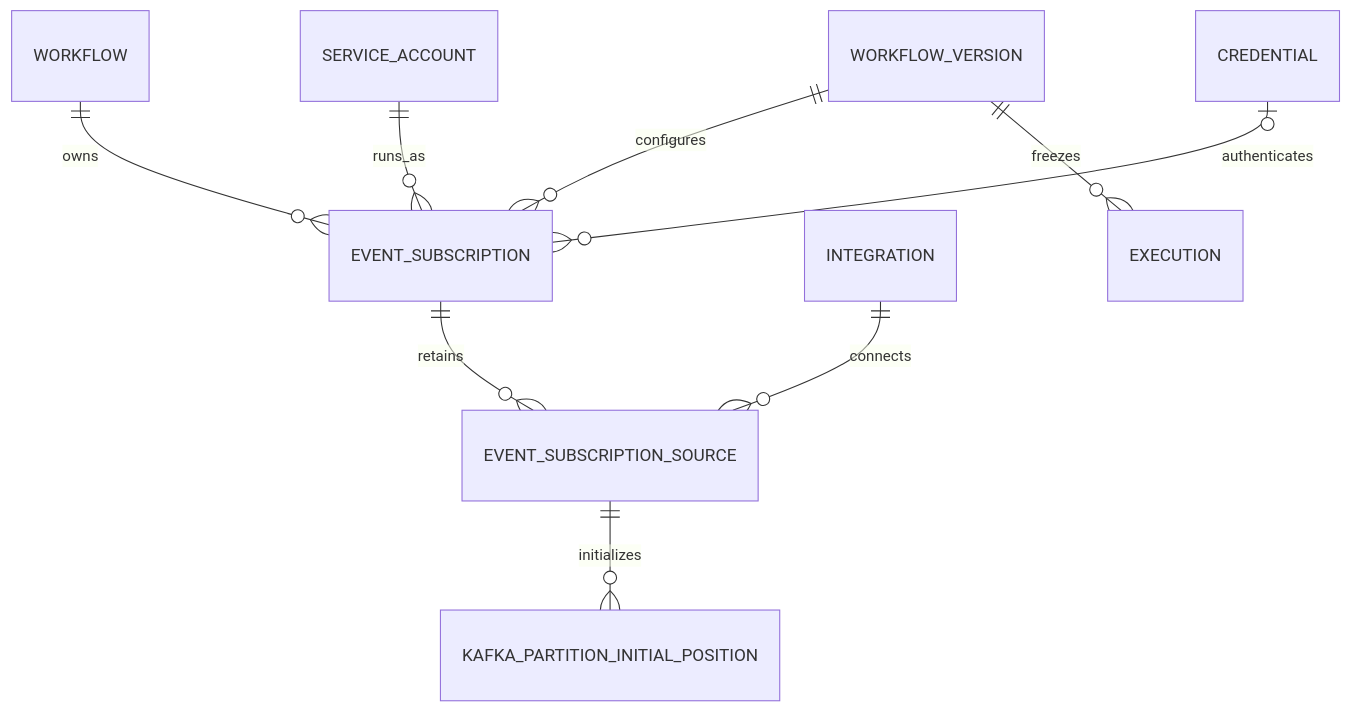
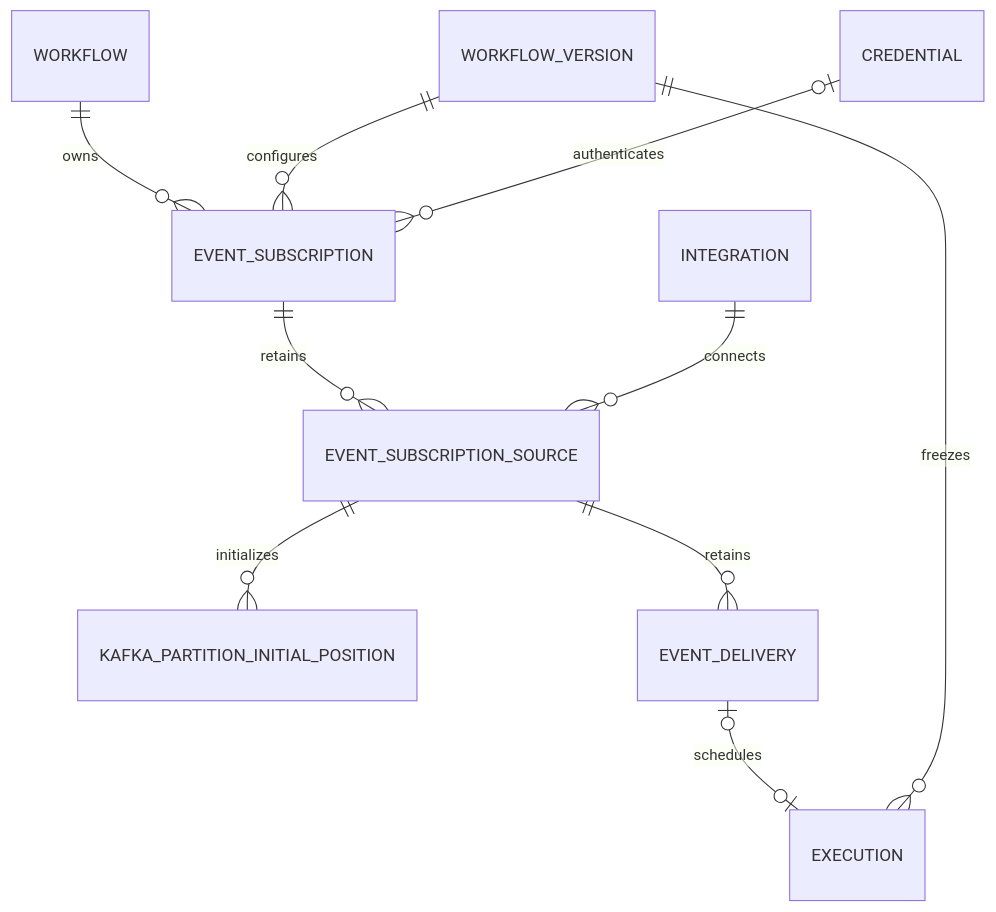
Before and after one commit to acedya/syntara: the second of 4 diagrams in backend/docs/kafka-event-streams.md, drawn with Mermaid. The commit also changed other lines of this file, not shown here.

````diff
--- a/backend/docs/kafka-event-streams.md
+++ b/backend/docs/kafka-event-streams.md
@@ -323,11 +327,12 @@
 ```mermaid
 erDiagram
     WORKFLOW ||--o{ EVENT_SUBSCRIPTION : owns
     WORKFLOW_VERSION ||--o{ EVENT_SUBSCRIPTION : configures
-    SERVICE_ACCOUNT ||--o{ EVENT_SUBSCRIPTION : runs_as
     CREDENTIAL o|--o{ EVENT_SUBSCRIPTION : authenticates
     EVENT_SUBSCRIPTION ||--o{ EVENT_SUBSCRIPTION_SOURCE : retains
     INTEGRATION ||--o{ EVENT_SUBSCRIPTION_SOURCE : connects
     EVENT_SUBSCRIPTION_SOURCE ||--o{ KAFKA_PARTITION_INITIAL_POSITION : initializes
+    EVENT_SUBSCRIPTION_SOURCE ||--o{ EVENT_DELIVERY : retains
+    EVENT_DELIVERY o|--o| EXECUTION : schedules
     WORKFLOW_VERSION ||--o{ EXECUTION : freezes
 ```
````
